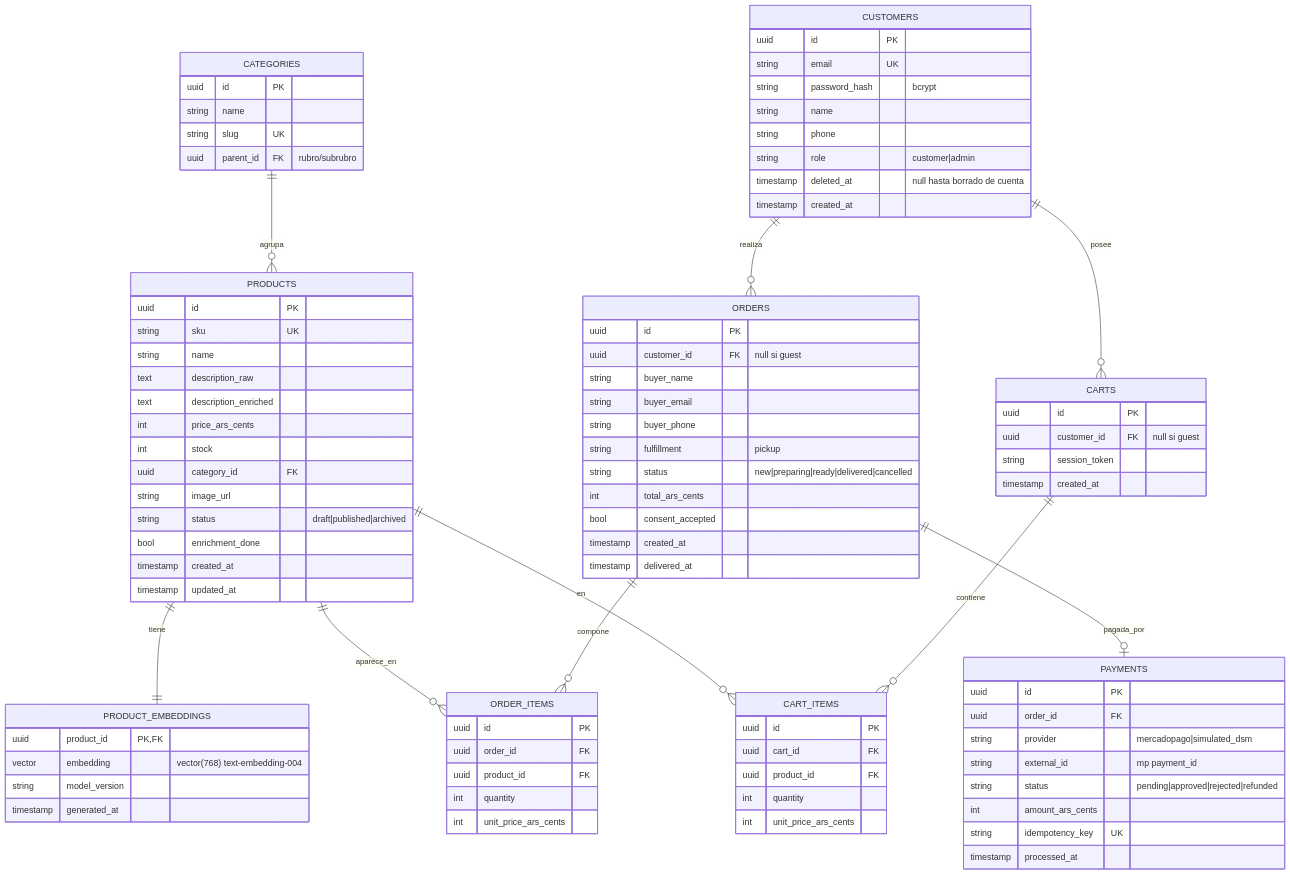
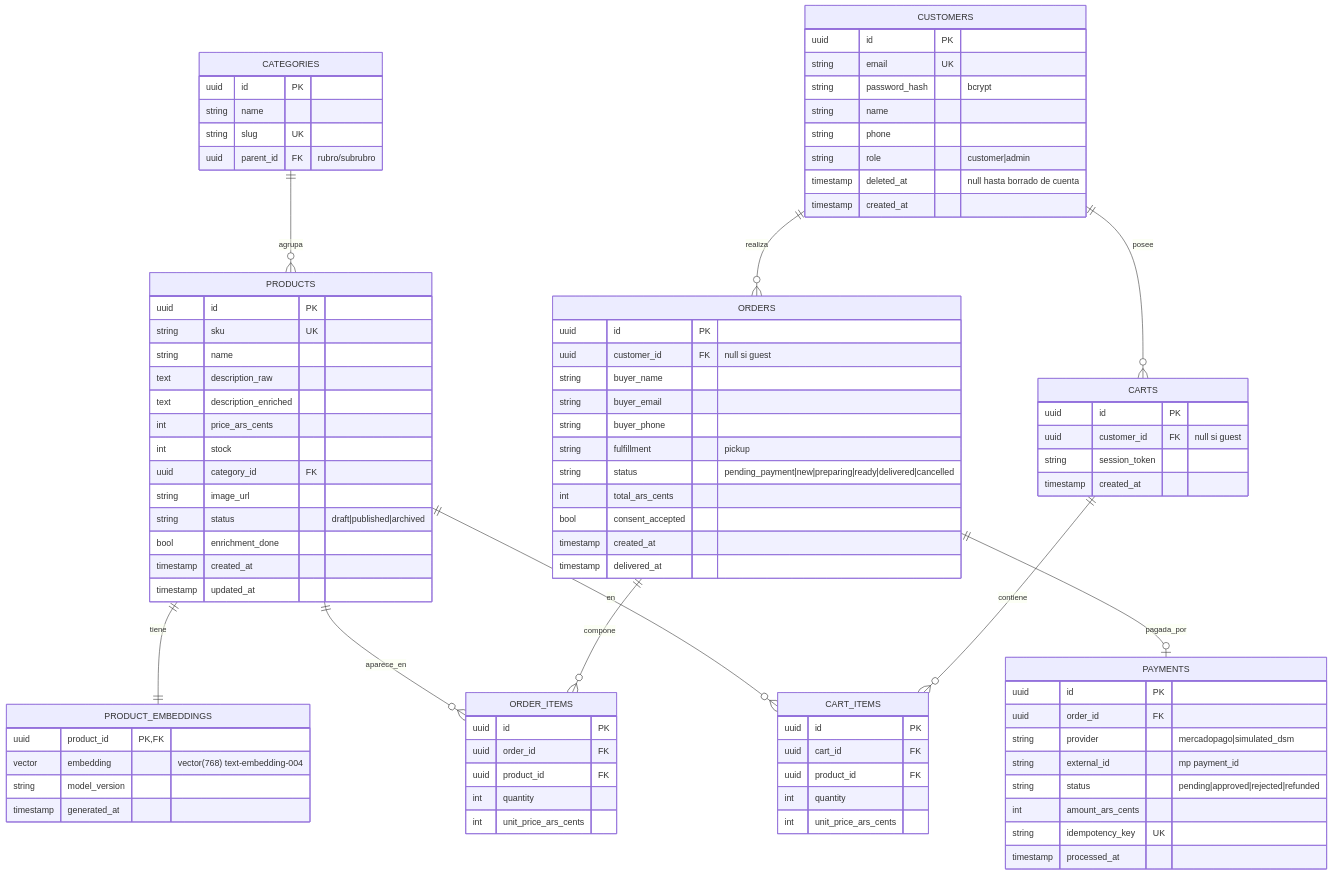
Before and after one commit to gabogosp/AI4Devs-finalproject: the fifth of 13 diagrams in docs/product/design-e2e.md, drawn with Mermaid. The commit also changed other lines of this file and 3 other files, not shown here.

```diff
--- a/docs/product/design-e2e.md
+++ b/docs/product/design-e2e.md
@@ -270,7 +269,7 @@
         string buyer_email
         string buyer_phone
         string fulfillment "pickup"
-        string status "new|preparing|ready|delivered|cancelled"
+        string status "pending_payment|new|preparing|ready|delivered|cancelled"
         int total_ars_cents
         bool consent_accepted
         timestamp created_at
```
